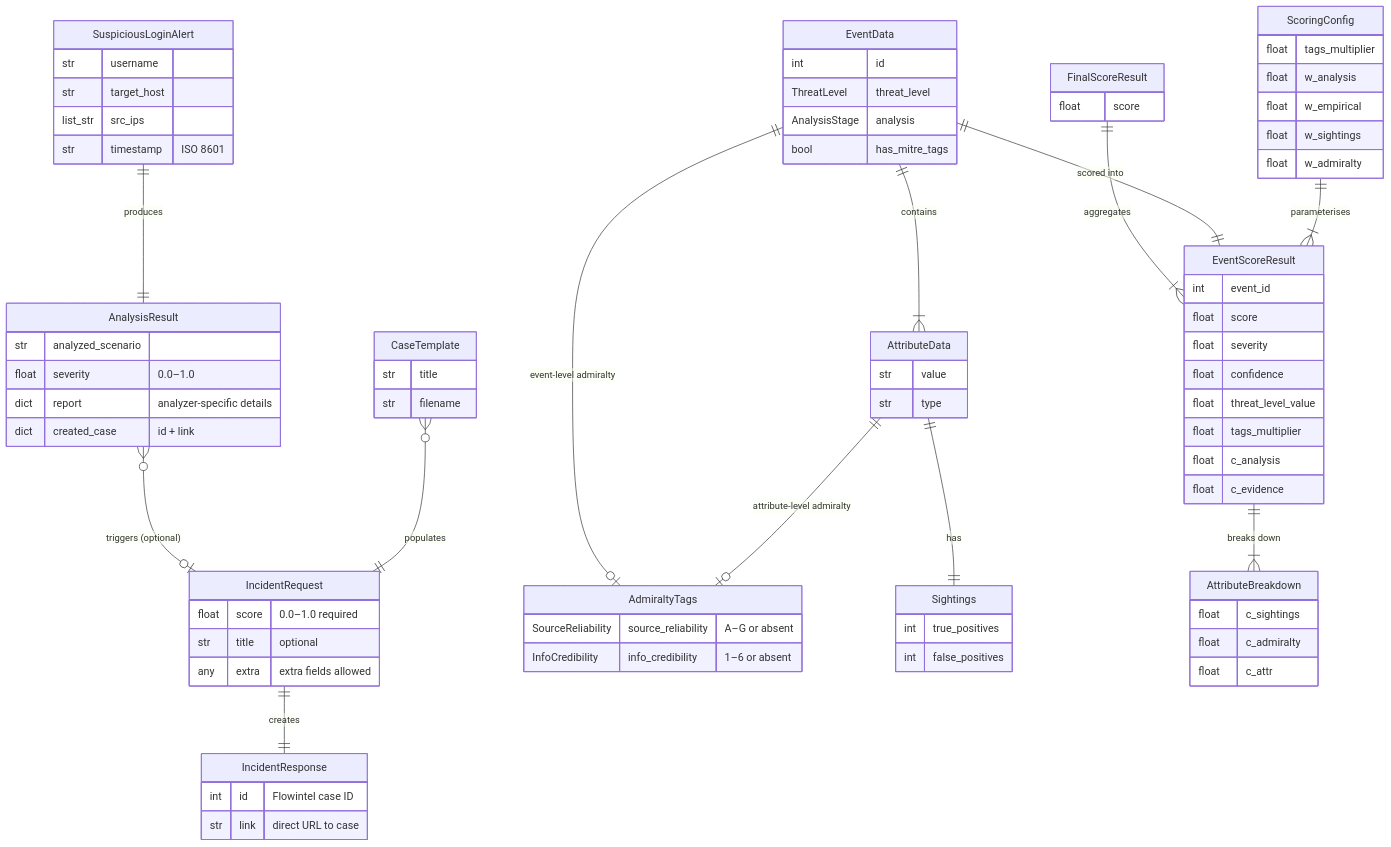
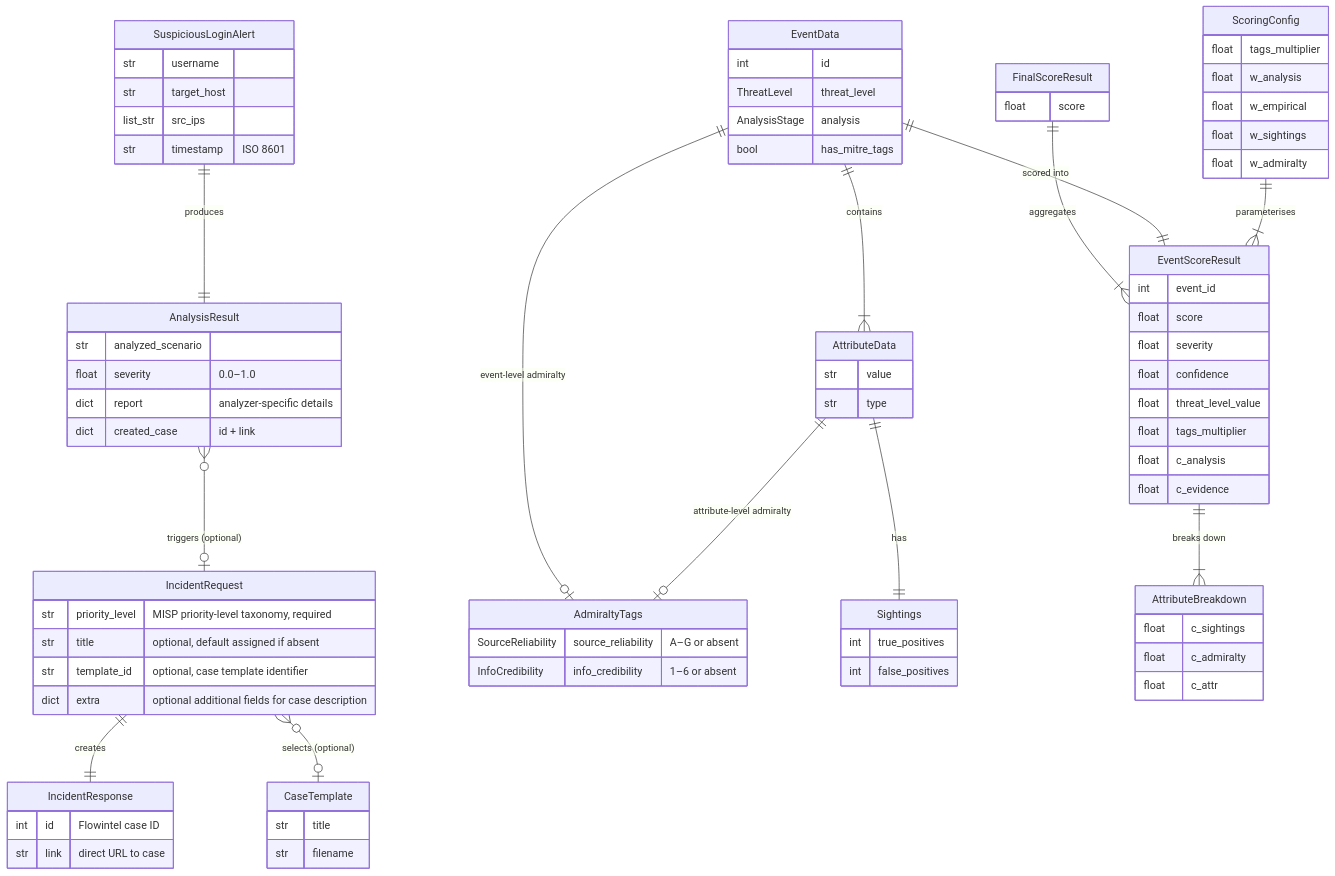
One commit to AbstractionsLab/satrap-dl changed the diagram in docs/specs/SWD/SWD-014.md. Above: the diagram before and after it, drawn with Mermaid. The commit also changed other lines of this file and 70 other files, not shown here.

````diff
--- a/docs/specs/SWD/SWD-014.md
+++ b/docs/specs/SWD/SWD-014.md
@@ -22,9 +22,10 @@
     %% ── API layer ──────────────────────────────────────────────────────────
 
     IncidentRequest {
-        float   score       "0.0–1.0 required"
-        str     title       "optional"
-        any     extra       "extra fields allowed"
+        str     priority_level  "MISP priority-level taxonomy, required"
+        str     title           "optional, default assigned if absent"
+        str     template_id     "optional, case template identifier"
+        dict    extra           "optional additional fields for case description"
     }
 
     IncidentResponse {
@@ -123,5 +124,5 @@
     EventData            ||--|| EventScoreResult     : "scored into"
     ScoringConfig        ||--|{ EventScoreResult     : "parameterises"
 
-    CaseTemplate         }o--|| IncidentRequest      : "populates"
+    IncidentRequest      }o--o| CaseTemplate         : "selects (optional)"
 ```
````
